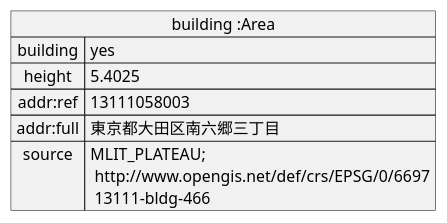
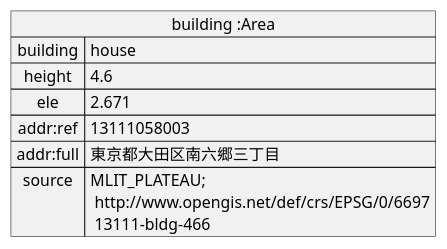
The diagram in doc/building/sample-a/sample-a-osm.pu (yuuhayashi/citygml-osm), drawn with PlantUML before and after one commit. The commit also changed 11 other files, not shown here.

```diff
--- a/doc/building/sample-a/sample-a-osm.pu
+++ b/doc/building/sample-a/sample-a-osm.pu
@@ -1,9 +1,10 @@
 @startuml
 map "building :Area" as building {
- building => yes
- height => 5.4025
+ building => house
+ height => 4.6
+ ele => 2.671
  addr:ref => 13111058003
  addr:full => 東京都大田区南六郷三丁目
  source => MLIT_PLATEAU;\n http://www.opengis.net/def/crs/EPSG/0/6697\n 13111-bldg-466
 }
 @enduml
```
